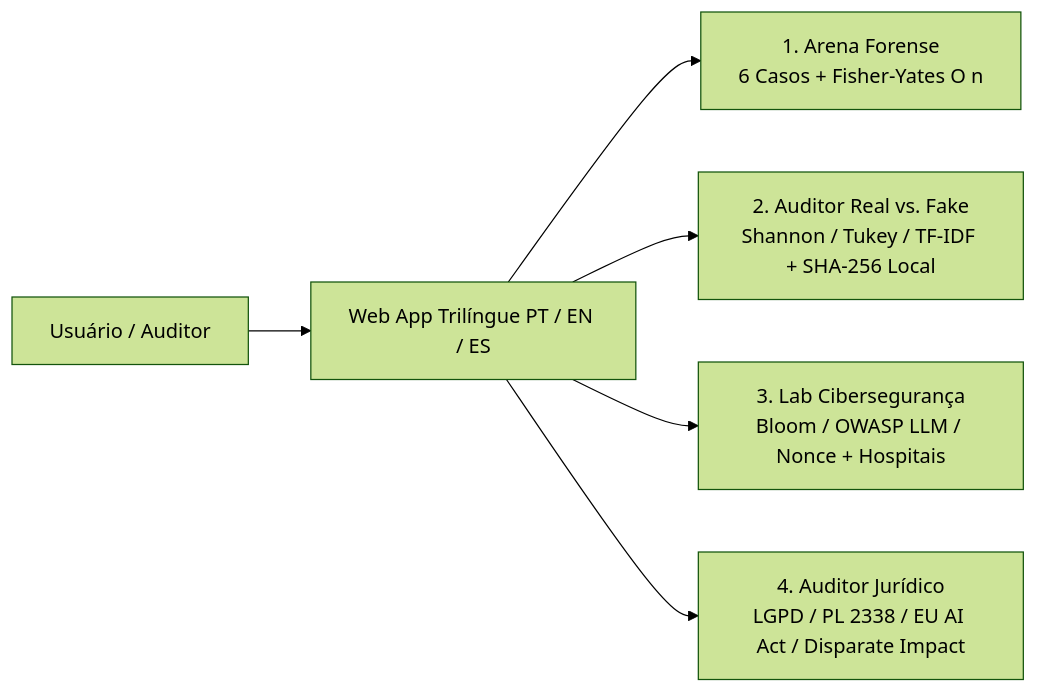
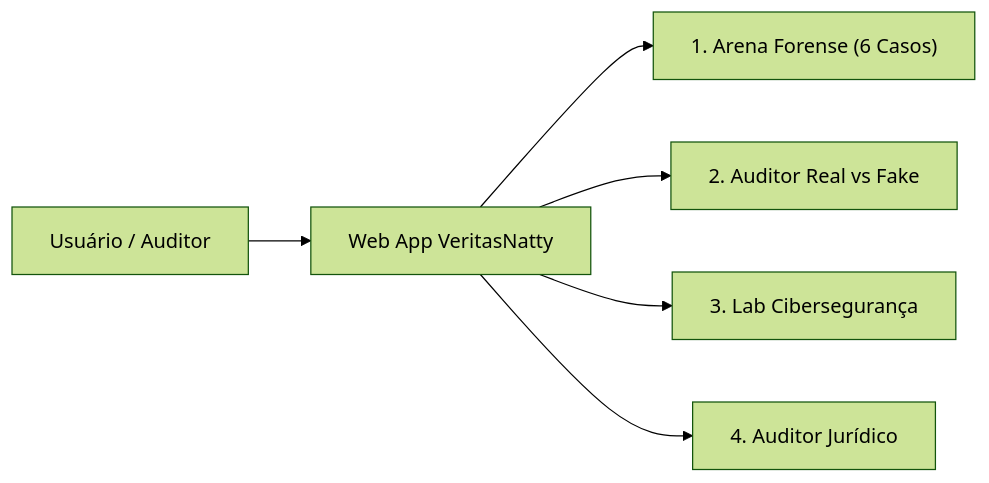
The diagram in README.md (luscaalvespereira/lab-natty-or-not), drawn with Mermaid (forest theme) before and after one commit.

Commit message:
fix(docs): quote Mermaid diagram nodes for GitHub rich display rendering

````diff
--- a/README.md
+++ b/README.md
@@ -66,8 +66,8 @@
 ```mermaid
 flowchart LR
-    U[Usuário / Auditor] --> UI[Web App Trilíngue PT / EN / ES]
-    UI --> T1[1. Arena Forense<br/>6 Casos + Fisher-Yates O n]
-    UI --> T2[2. Auditor Real vs. Fake<br/>Shannon / Tukey / TF-IDF + SHA-256 Local]
-    UI --> T3[3. Lab Cibersegurança<br/>Bloom / OWASP LLM / Nonce + Hospitais]
-    UI --> T4[4. Auditor Jurídico<br/>LGPD / PL 2338 / EU AI Act / Disparate Impact]
+    U["Usuário / Auditor"] --> UI["Web App VeritasNatty"]
+    UI --> T1["1. Arena Forense (6 Casos)"]
+    UI --> T2["2. Auditor Real vs Fake"]
+    UI --> T3["3. Lab Cibersegurança"]
+    UI --> T4["4. Auditor Jurídico"]
 ```
````
